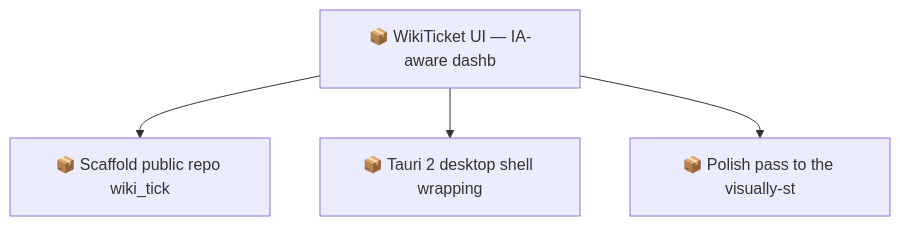
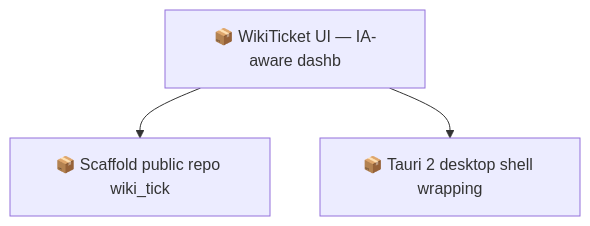
The second of 2 diagrams in docs/roadmap.md (SpillwaveSolutions/wiki_ticket_sdd_ui), drawn with Mermaid before and after one commit. The commit also changed other lines of this file and 34 other files, not shown here.

First line of the commit message:
polish: shared helpers, GFM tables, lazy mermaid, focus rings, static serving, README with screenshots (#8)

````diff
--- a/docs/roadmap.md
+++ b/docs/roadmap.md
@@ -62,10 +59,8 @@
 ```mermaid
 graph TD
     01KY5ZZX8Y6N7E5YQYP4X1V7VA["📦 Scaffold public repo wiki_tick"]
     01KY5ZZX8YXD5YDJKQGJ3VCCHN["📦 WikiTicket UI — IA-aware dashb"]
     01KY5ZZX8Z46K7BCSPPFKN23JZ["📦 Tauri 2 desktop shell wrapping"]
-    01KY5ZZX8ZYPXTMVCGX4AAZQSG["📦 Polish pass to the visually-st"]
     01KY5ZZX8YXD5YDJKQGJ3VCCHN --> 01KY5ZZX8Y6N7E5YQYP4X1V7VA
     01KY5ZZX8YXD5YDJKQGJ3VCCHN --> 01KY5ZZX8Z46K7BCSPPFKN23JZ
-    01KY5ZZX8YXD5YDJKQGJ3VCCHN --> 01KY5ZZX8ZYPXTMVCGX4AAZQSG
 ```
````
